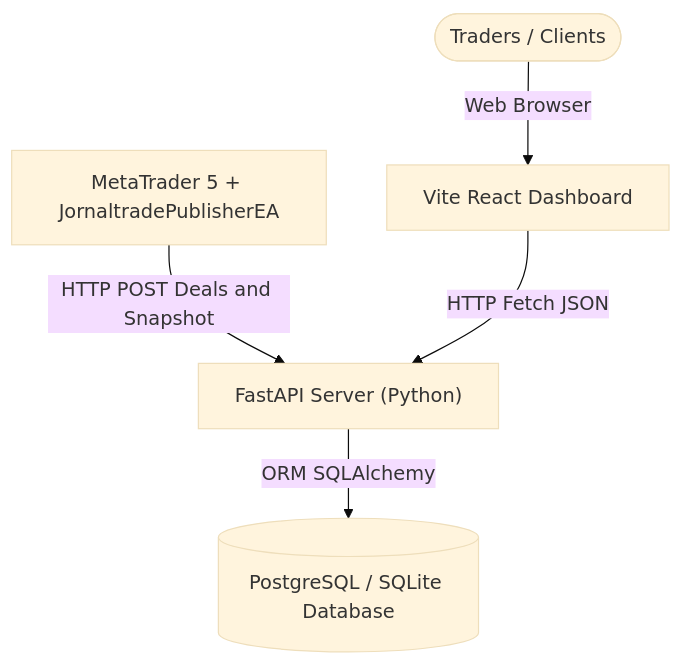
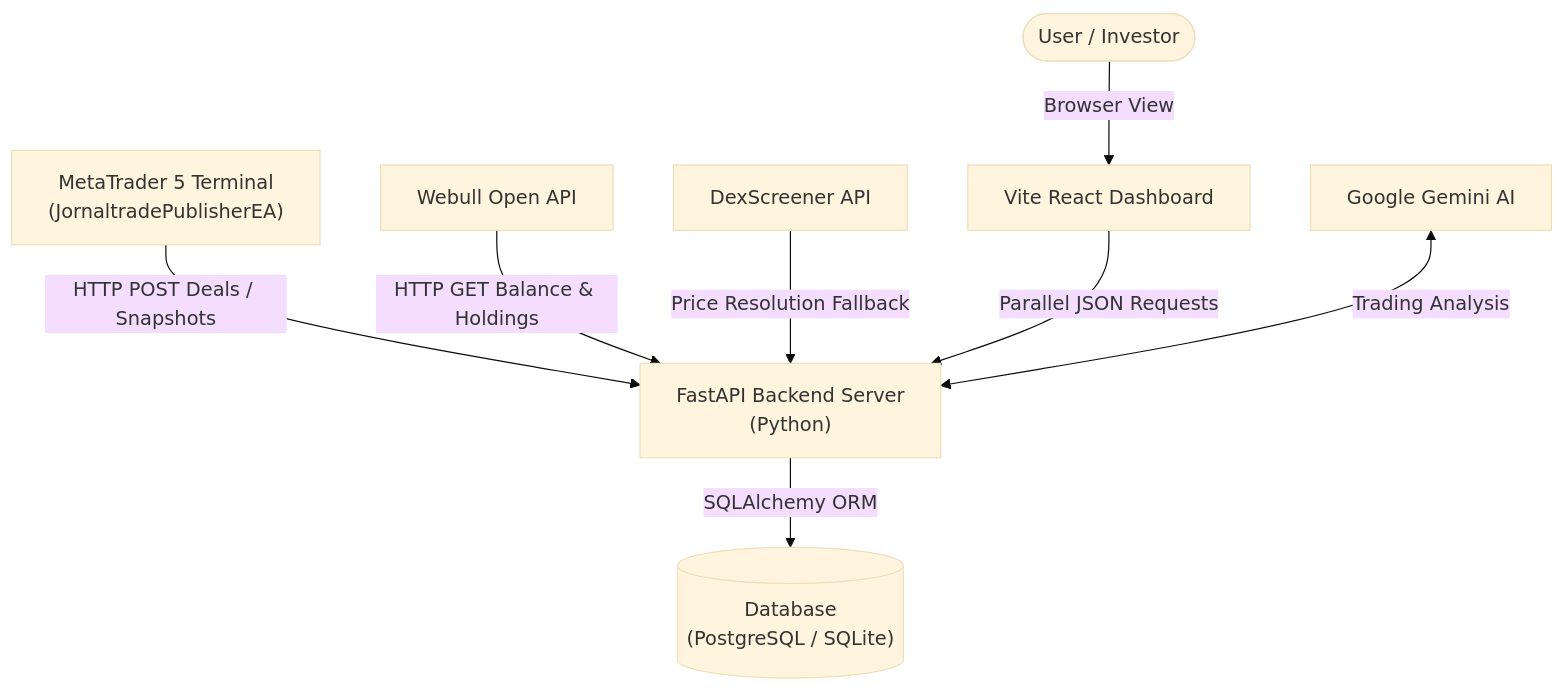
One commit to shutterdaddeaw/thankhun_tradejornal changed the diagram in README.md. Above: the diagram before and after it, drawn with Mermaid (base theme). The commit also changed other lines of this file, not shown here.

Commit message:
Completely rewrite README.md to provide high-quality developer-centric documentation covering features, setup, MT5 publisher configuration, and troubleshooting

````diff
--- a/README.md
+++ b/README.md
@@ -55,7 +35,10 @@
 ```mermaid
 graph TD
-    MT5["MetaTrader 5 + JornaltradePublisherEA"] -->|"HTTP POST Deals and Snapshot"| Backend["FastAPI Server (Python)"]
-    Backend -->|"ORM SQLAlchemy"| DB[("PostgreSQL / SQLite Database")]
-    Frontend["Vite React Dashboard"] -->|"HTTP Fetch JSON"| Backend
-    User(["Traders / Clients"]) -->|"Web Browser"| Frontend
+    MT5["MetaTrader 5 Terminal<br>(JornaltradePublisherEA)"] -->|"HTTP POST Deals / Snapshots"| Backend["FastAPI Backend Server<br>(Python)"]
+    Webull["Webull Open API"] -->|"HTTP GET Balance & Holdings"| Backend
+    DexScreener["DexScreener API"] -->|"Price Resolution Fallback"| Backend
+    Backend -->|"SQLAlchemy ORM"| DB[("Database<br>(PostgreSQL / SQLite)")]
+    Frontend["Vite React Dashboard"] -->|"Parallel JSON Requests"| Backend
+    Gemini["Google Gemini AI"] <-->|"Trading Analysis"| Backend
+    User(["User / Investor"]) -->|"Browser View"| Frontend
 ```
````
